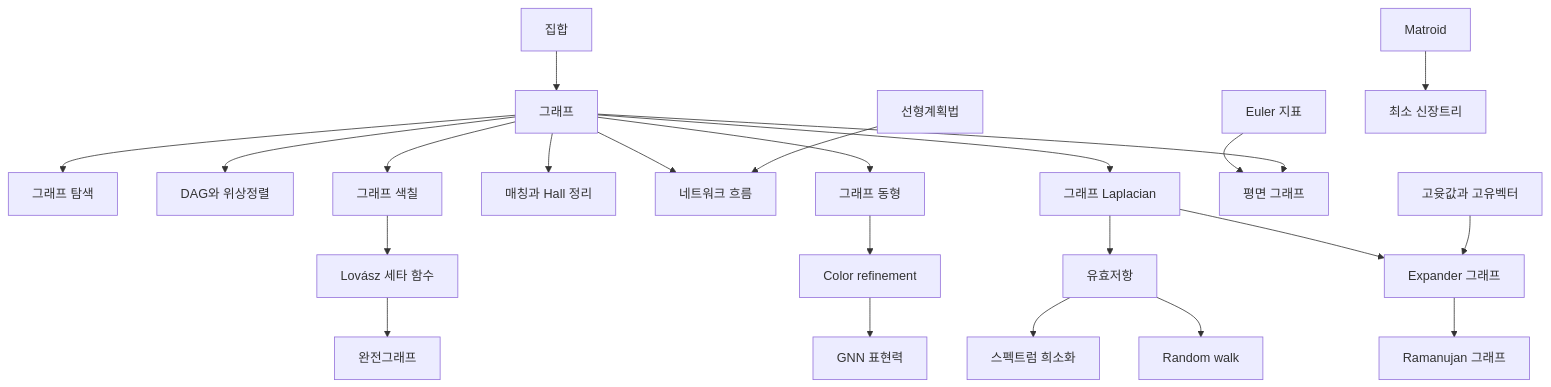
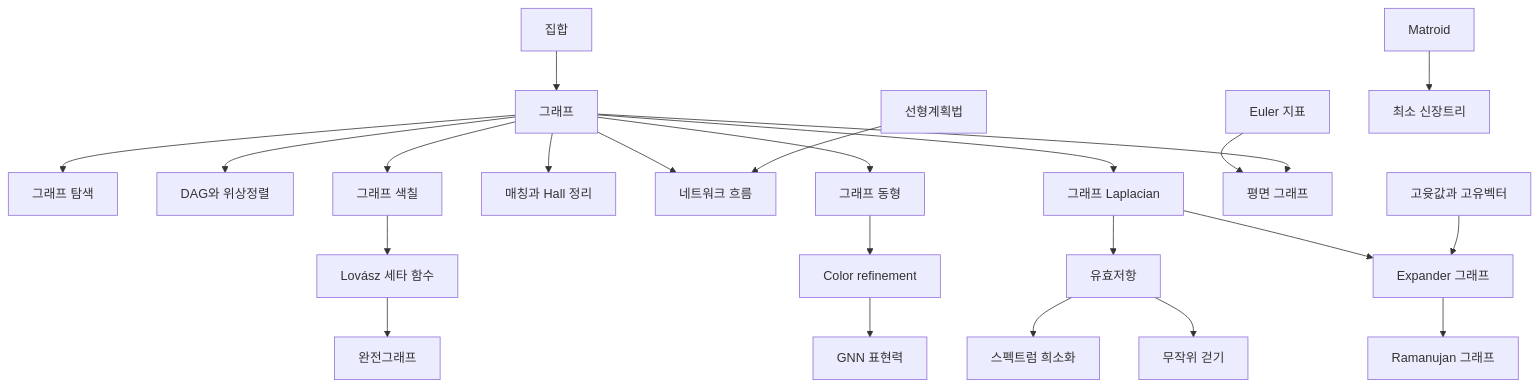
Before and after one commit to Phryxia/math-map: the diagram in docs/graph-theory-overview.md, drawn with Mermaid. The commit also changed 15 other files, not shown here.

First line of the commit message:
settle on 무작위 걷기 for random walk and narrow the random-walks title

````diff
--- a/docs/graph-theory-overview.md
+++ b/docs/graph-theory-overview.md
@@ -13,25 +13,25 @@
 ```mermaid
 graph TD
   ST["집합"] --> GR["그래프"]
   GR --> GS2["그래프 탐색"]
   GR --> DG["DAG와 위상정렬"]
   GR --> GC["그래프 색칠"]
   GR --> MA["매칭과 Hall 정리"]
   GR --> NF["네트워크 흐름"]
   GR --> GI["그래프 동형"]
   GR --> GL["그래프 Laplacian"]
   EC["Euler 지표"] --> PG["평면 그래프"]
   GR --> PG
   LP["선형계획법"] --> NF
   GC --> LT["Lovász 세타 함수"]
   LT --> PF["완전그래프"]
   GI --> CR["Color refinement"]
   CR --> GN["GNN 표현력"]
   MT["Matroid"] --> MS["최소 신장트리"]
   GL --> ER["유효저항"]
   GL --> EG["Expander 그래프"]
   EV["고윳값과 고유벡터"] --> EG
   ER --> SS["스펙트럼 희소화"]
-  ER --> RW["Random walk"]
+  ER --> RW["무작위 걷기"]
   EG --> RG["Ramanujan 그래프"]
 ```
````
